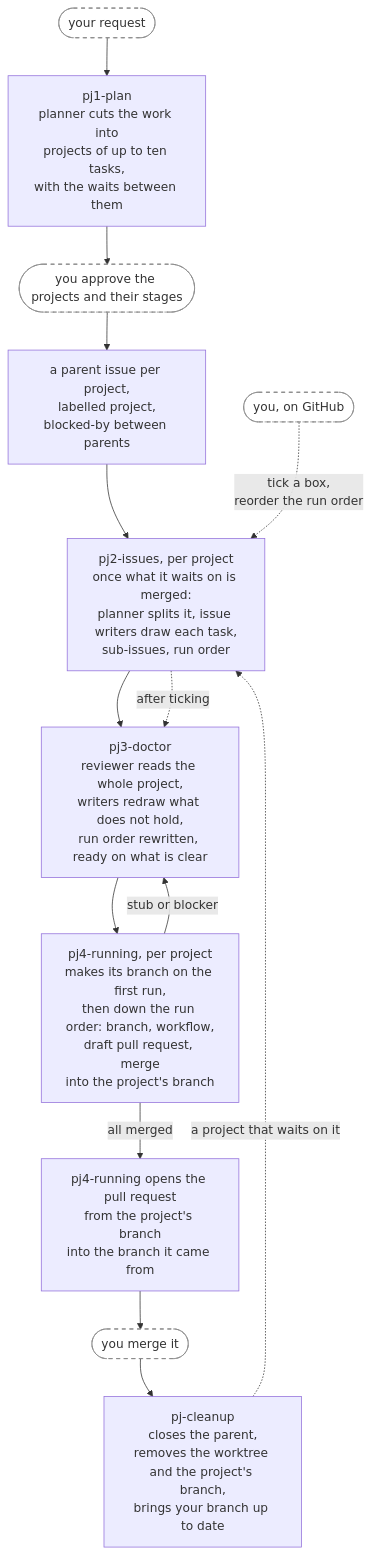
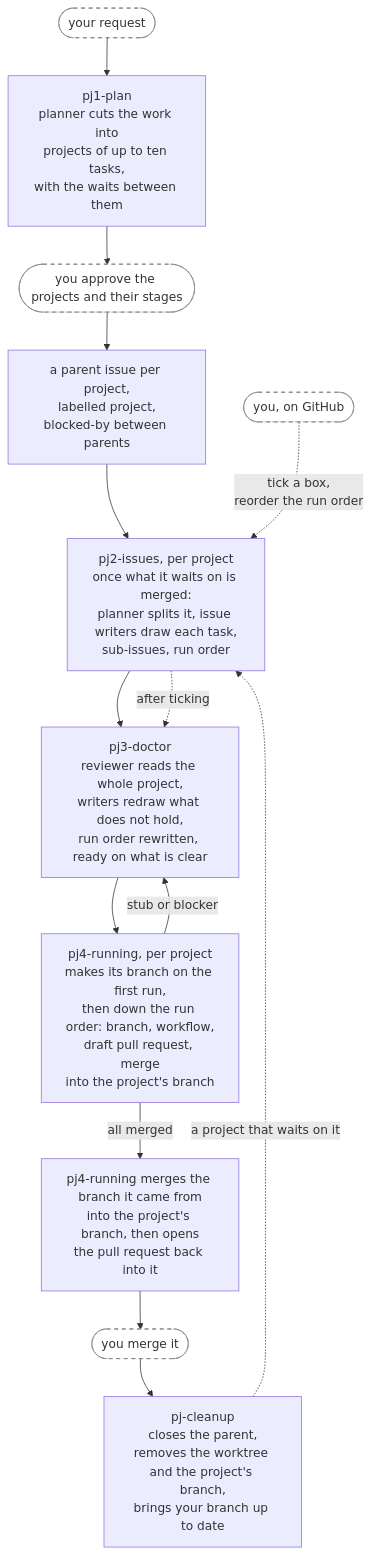
The third of 4 diagrams in plugins/annetaan/README.md (annetaan/claude-plugins), drawn with Mermaid before and after one commit. The commit also changed other lines of this file and 5 other files, not shown here.

First line of the commit message:
feat: merge the source branch into a project's base before pj4-running opens its pull request (#43)

````diff
--- a/plugins/annetaan/README.md
+++ b/plugins/annetaan/README.md
@@ -243,18 +244,18 @@
 ```mermaid
 flowchart TD
     req(["your request"]) --> plan["pj1-plan<br/>planner cuts the work into<br/>projects of up to ten tasks,<br/>with the waits between them"]
     plan --> approve(["you approve the projects and their stages"]) --> filed["a parent issue per project,<br/>labelled project,<br/>blocked-by between parents"]
     filed --> split["pj2-issues, per project<br/>once what it waits on is merged:<br/>planner splits it, issue writers draw each task,<br/>sub-issues, run order"]
     split --> doctor["pj3-doctor<br/>reviewer reads the whole project,<br/>writers redraw what does not hold,<br/>run order rewritten, ready on what is clear"]
     doctor --> run["pj4-running, per project<br/>makes its branch on the first run,<br/>then down the run order: branch, workflow,<br/>draft pull request, merge<br/>into the project's branch"]
     run -->|"stub or blocker"| doctor
-    run -->|"all merged"| pr["pj4-running opens the pull request<br/>from the project's branch<br/>into the branch it came from"]
+    run -->|"all merged"| pr["pj4-running merges the branch it came from<br/>into the project's branch, then opens<br/>the pull request back into it"]
     pr --> done(["you merge it"]) --> cleanup["pj-cleanup<br/>closes the parent,<br/>removes the worktree and the project's branch,<br/>brings your branch up to date"]
     cleanup -.->|"a project that waits on it"| split
 
     you(["you, on GitHub"]) -.->|"tick a box,<br/>reorder the run order"| split
     split -.->|"after ticking"| doctor
 
     classDef human fill:#fff,stroke:#888,stroke-dasharray: 5 5
     class req,approve,you,done human
 ```
````
